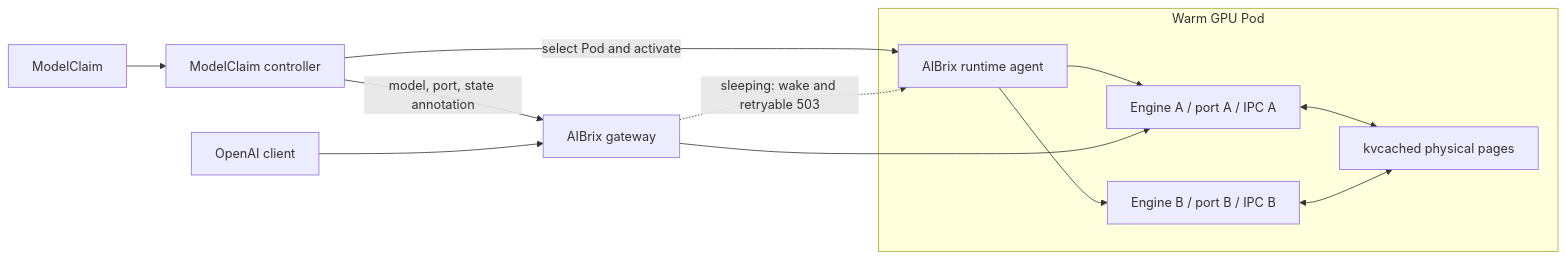
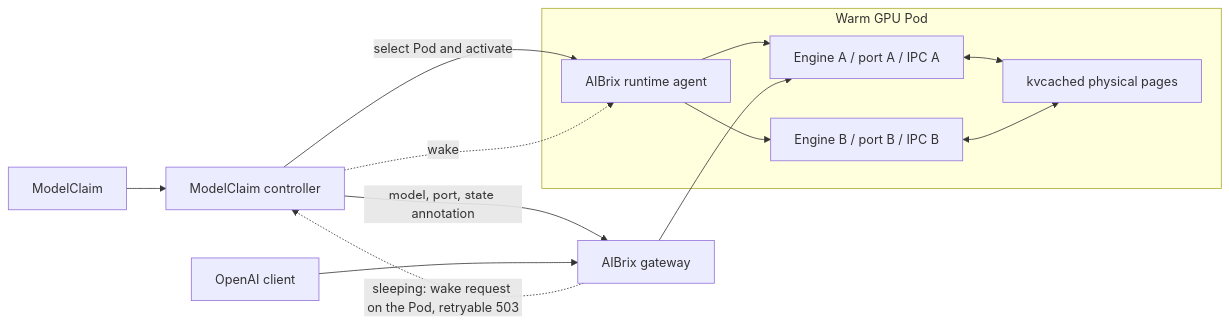
One commit to Zeyu-ZEYU/AIBrix changed the diagram in docs/source/features/modelclaim.rst. Above: the diagram before and after it, drawn with Mermaid. The commit also changed other lines of this file and 18 other files, not shown here.

```diff
--- a/docs/source/features/modelclaim.rst
+++ b/docs/source/features/modelclaim.rst
@@ -30,14 +30,15 @@
 .. mermaid::
 
    flowchart LR
      MC["ModelClaim"] --> C["ModelClaim controller"]
      C -->|"select Pod and activate"| R["AIBrix runtime agent"]
      subgraph P["Warm GPU Pod"]
        R --> E1["Engine A / port A / IPC A"]
        R --> E2["Engine B / port B / IPC B"]
        E1 <--> K["kvcached physical pages"]
        E2 <--> K
      end
      C -->|"model, port, state annotation"| G["AIBrix gateway"]
      U["OpenAI client"] --> G --> E1
-     G -. "sleeping: wake and retryable 503" .-> R
+     G -. "sleeping: wake request on the Pod, retryable 503" .-> C
+     C -. "wake" .-> R
```
